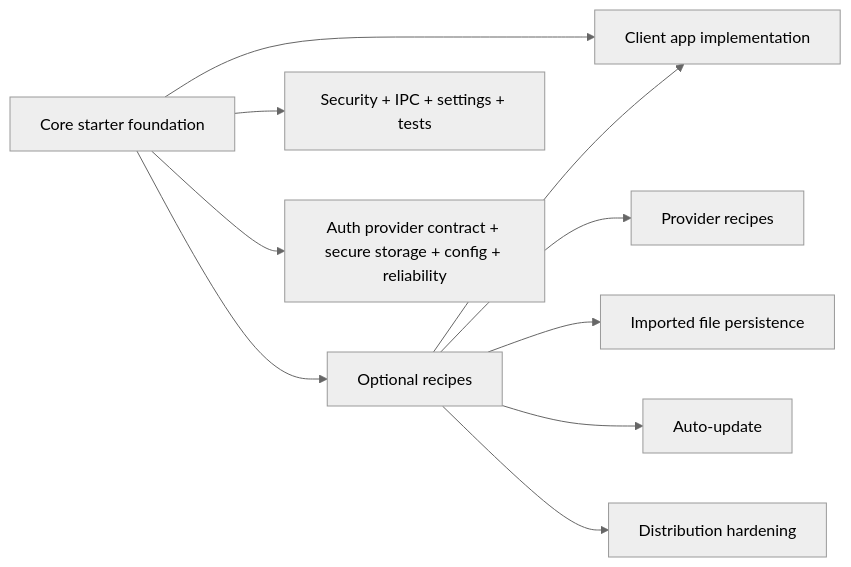
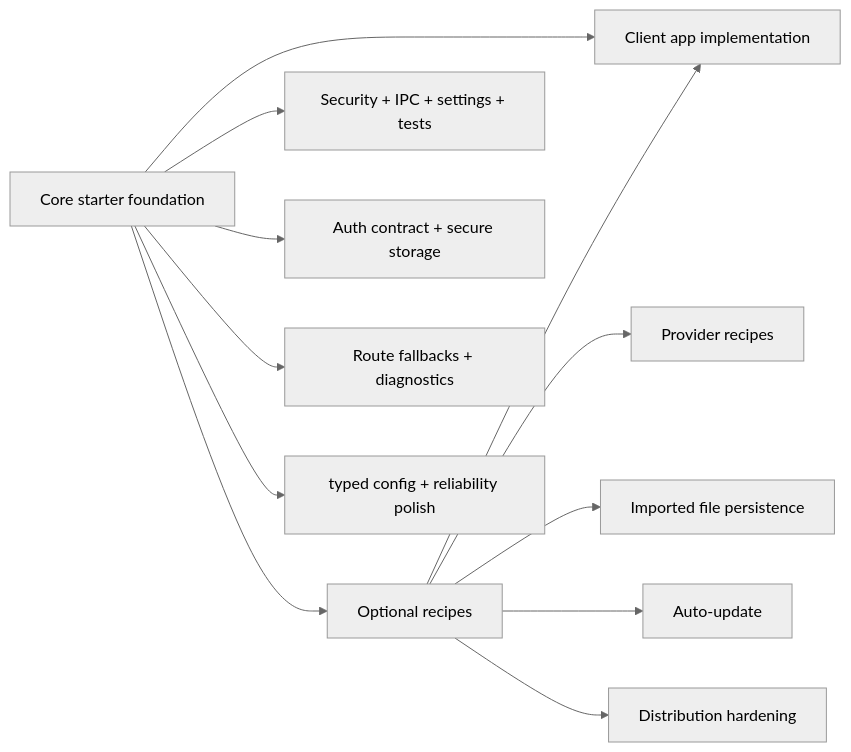
Before and after one commit to AchuAshwath/electron-react-starter-kit: the diagram in docs/roadmap.md, drawn with Mermaid (neutral theme). The commit also changed other lines of this file and 21 other files, not shown here.

First line of the commit message:
chore: added route error boundaries, bug fix and docs update on auth lifecycle, secure storage (#20)

````diff
--- a/docs/roadmap.md
+++ b/docs/roadmap.md
@@ -7,13 +7,15 @@
 ```mermaid
 flowchart LR
 	Foundation["Core starter foundation"] --> ClientApp["Client app implementation"]
 	Foundation --> Recipes["Optional recipes"]
 	Recipes --> ClientApp
 
 	Foundation --> Security["Security + IPC + settings + tests"]
-	Foundation --> FutureCore["Auth provider contract + secure storage + config + reliability"]
-	Recipes --> Auth["Provider recipes"]
+	Foundation --> Auth["Auth contract + secure storage"]
+	Foundation --> Reliability["Route fallbacks + diagnostics"]
+	Foundation --> FutureCore["typed config + reliability polish"]
+	Recipes --> Providers["Provider recipes"]
 	Recipes --> Files["Imported file persistence"]
 	Recipes --> Updates["Auto-update"]
 	Recipes --> Distribution["Distribution hardening"]
 ```
````
